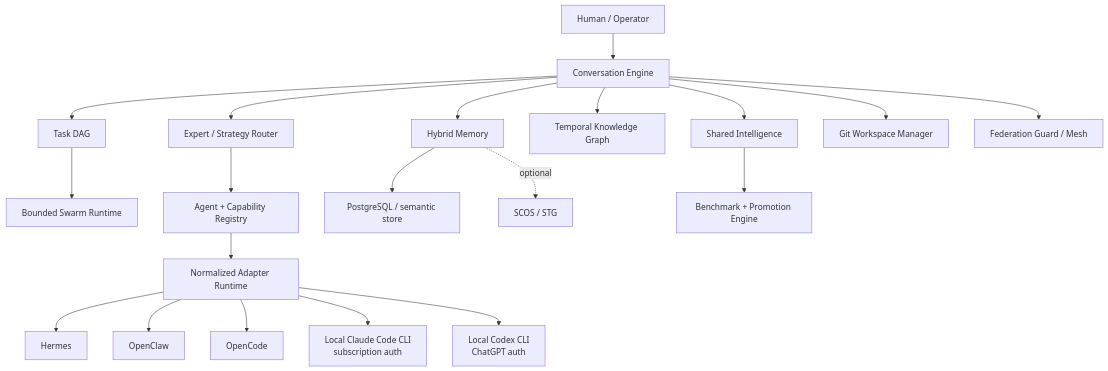
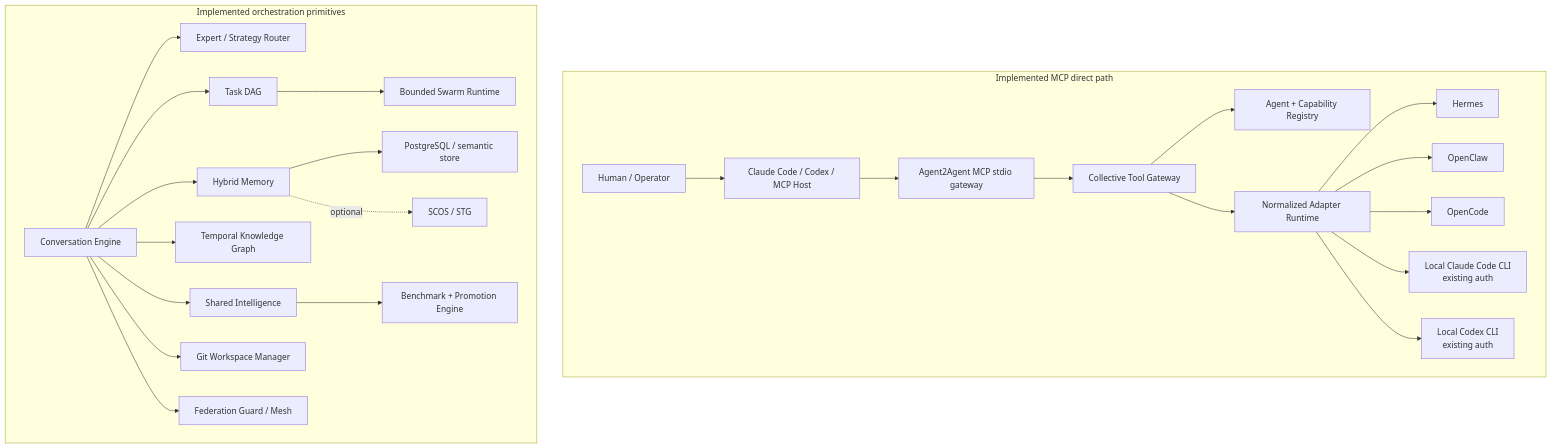
One commit to dylmarriner/agent2agent changed the diagram in README.md. Above: the diagram before and after it, drawn with Mermaid. The commit also changed other lines of this file and 11 other files, not shown here.

First line of the commit message:
feat(mcp): expose collective gateway tools

````diff
--- a/README.md
+++ b/README.md
@@ -49,22 +98,29 @@
 ```mermaid
 flowchart TB
-    Human[Human / Operator] --> Conversation[Conversation Engine]
-    Conversation --> Router[Expert / Strategy Router]
-    Conversation --> Tasks[Task DAG]
-    Tasks --> Swarm[Bounded Swarm Runtime]
-    Router --> Registry[Agent + Capability Registry]
-    Registry --> Adapters[Normalized Adapter Runtime]
-    Adapters --> Hermes[Hermes]
-    Adapters --> OpenClaw[OpenClaw]
-    Adapters --> OpenCode[OpenCode]
-    Adapters --> Claude[Local Claude Code CLI\nsubscription auth]
-    Adapters --> Codex[Local Codex CLI\nChatGPT auth]
-    Conversation --> Memory[Hybrid Memory]
-    Memory --> Authoritative[PostgreSQL / semantic store]
-    Memory -. optional .-> STG[SCOS / STG]
-    Conversation --> Graph[Temporal Knowledge Graph]
-    Conversation --> Intelligence[Shared Intelligence]
-    Intelligence --> Eval[Benchmark + Promotion Engine]
-    Conversation --> Workspaces[Git Workspace Manager]
-    Conversation --> Federation[Federation Guard / Mesh]
+    subgraph MCPPath[Implemented MCP direct path]
+        Human[Human / Operator] --> Host[Claude Code / Codex / MCP Host]
+        Host --> MCP[Agent2Agent MCP stdio gateway]
+        MCP --> Gateway[Collective Tool Gateway]
+        Gateway --> Registry[Agent + Capability Registry]
+        Gateway --> Adapters[Normalized Adapter Runtime]
+        Adapters --> Hermes[Hermes]
+        Adapters --> OpenClaw[OpenClaw]
+        Adapters --> OpenCode[OpenCode]
+        Adapters --> Claude[Local Claude Code CLI\nexisting auth]
+        Adapters --> Codex[Local Codex CLI\nexisting auth]
+    end
+
+    subgraph Core[Implemented orchestration primitives]
+        Conversation[Conversation Engine] --> Router[Expert / Strategy Router]
+        Conversation --> Tasks[Task DAG]
+        Tasks --> Swarm[Bounded Swarm Runtime]
+        Conversation --> Memory[Hybrid Memory]
+        Memory --> Authoritative[PostgreSQL / semantic store]
+        Memory -. optional .-> STG[SCOS / STG]
+        Conversation --> Graph[Temporal Knowledge Graph]
+        Conversation --> Intelligence[Shared Intelligence]
+        Intelligence --> Eval[Benchmark + Promotion Engine]
+        Conversation --> Workspaces[Git Workspace Manager]
+        Conversation --> Federation[Federation Guard / Mesh]
+    end
 ```
````
